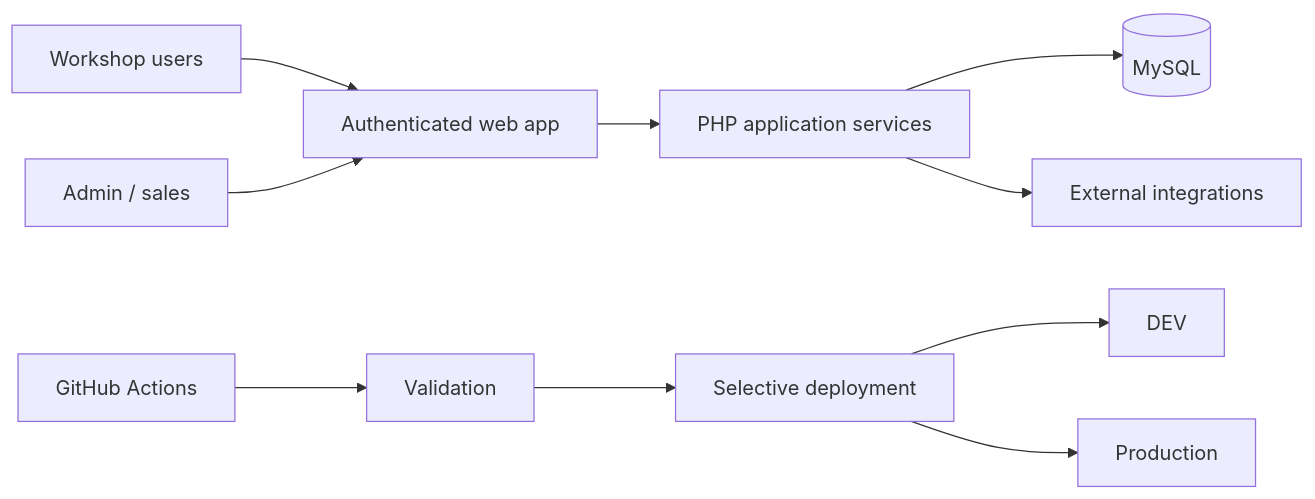
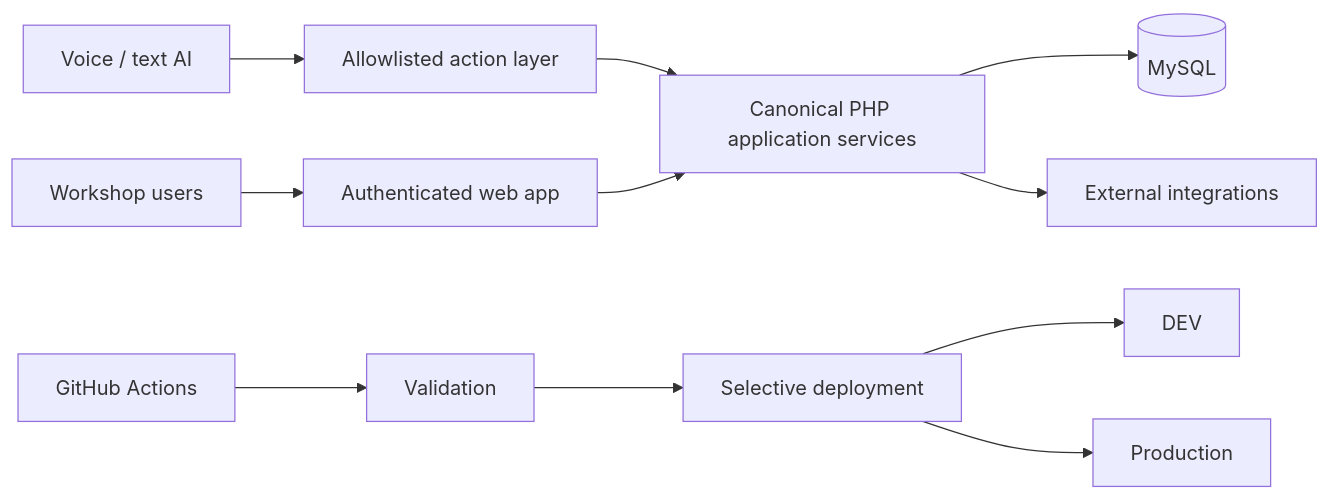
One commit to intergonzalo/engineering-governance changed the diagram in portfolio/tallerito/README.md. Above: the diagram before and after it, drawn with Mermaid. The commit also changed other lines of this file and 5 other files, not shown here.

````diff
--- a/portfolio/tallerito/README.md
+++ b/portfolio/tallerito/README.md
@@ -13,12 +13,13 @@
 ```mermaid
 flowchart LR
     U[Workshop users] --> W[Authenticated web app]
-    A[Admin / sales] --> W
-    W --> P[PHP application services]
+    V[Voice / text AI] --> A[Allowlisted action layer]
+    A --> P[Canonical PHP application services]
+    W --> P
     P --> D[(MySQL)]
     P --> I[External integrations]
-    C[GitHub Actions] --> V[Validation]
-    V --> S[Selective deployment]
+    C[GitHub Actions] --> X[Validation]
+    X --> S[Selective deployment]
     S --> E1[DEV]
     S --> E2[Production]
 ```
````
